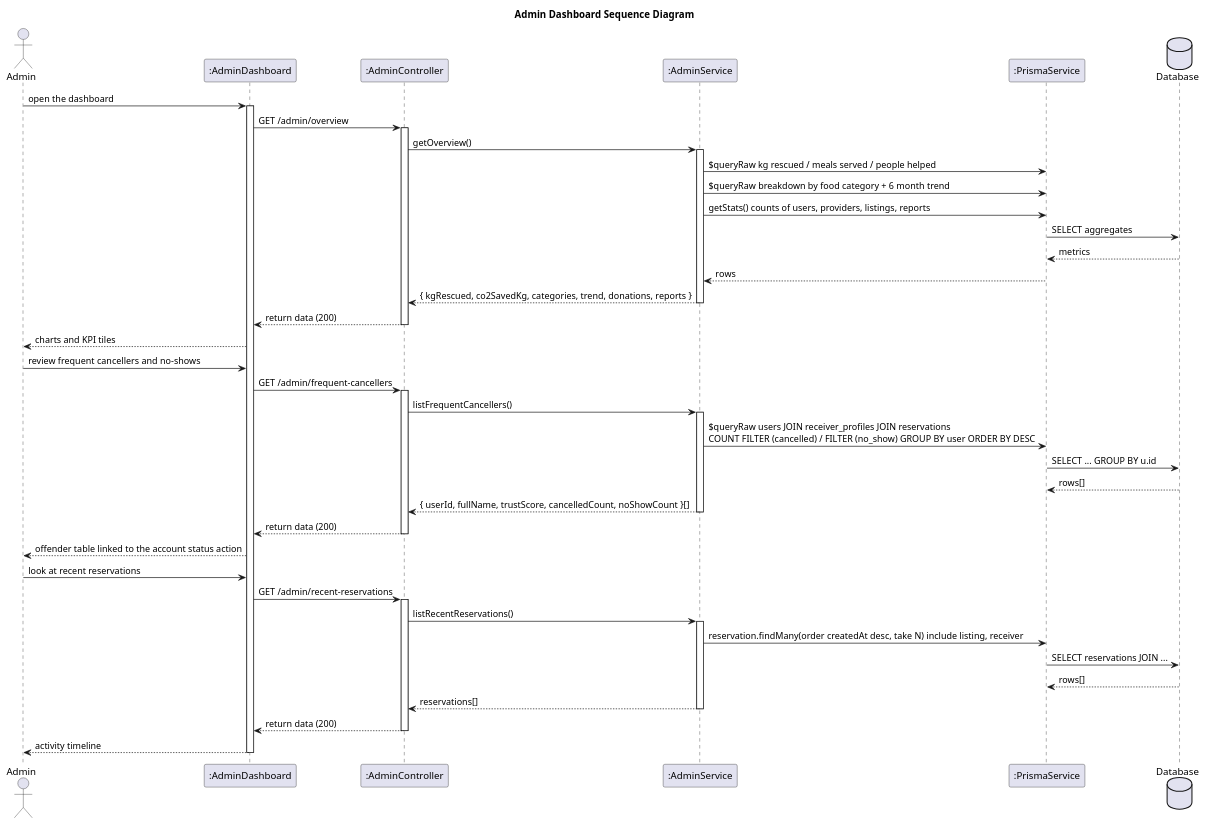
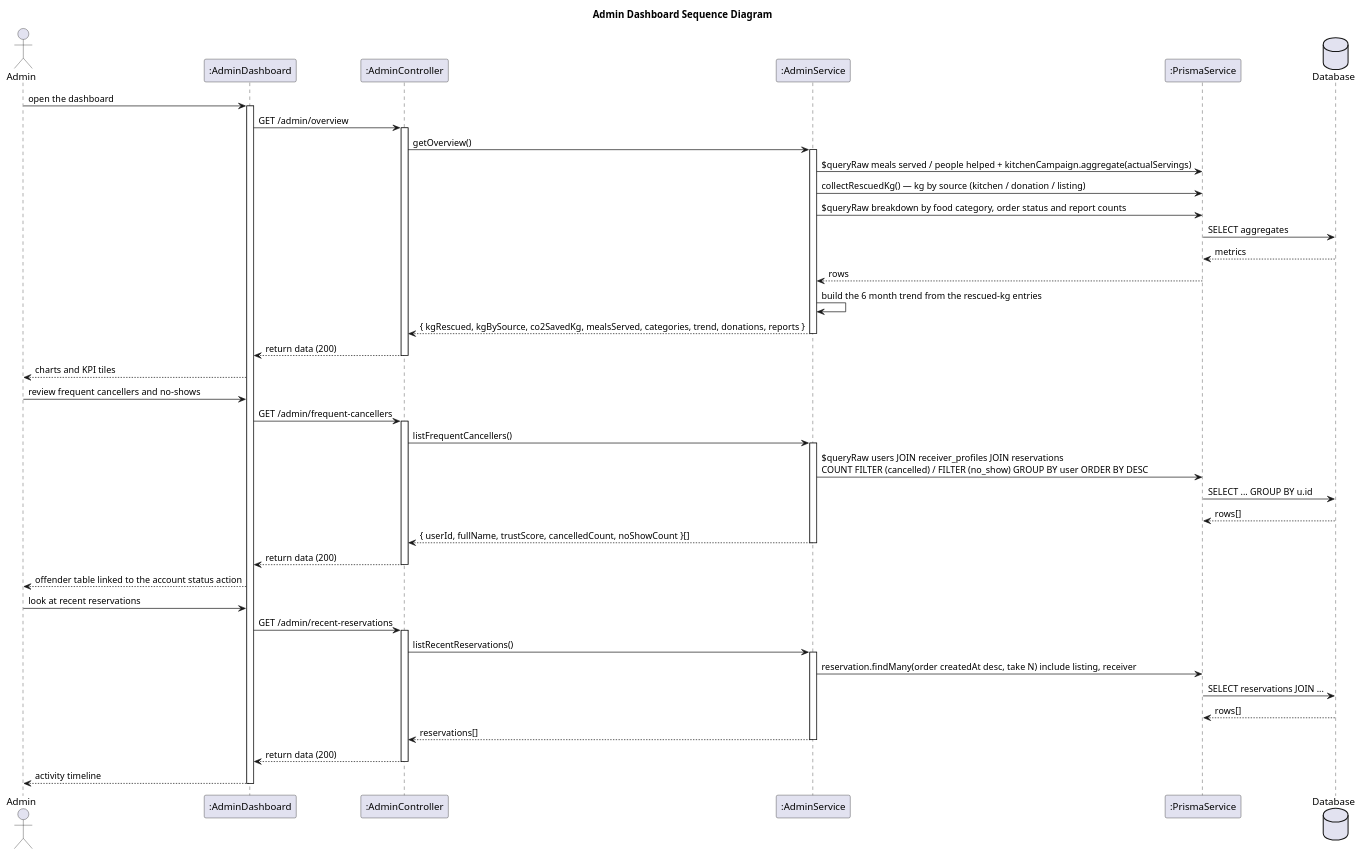
Before and after one commit to trimikey/Capstone_FoodResQ_Web: the first of 8 diagrams in docs/diagrams/seq-admin.puml, drawn with PlantUML. The commit also changed other lines of this file and 23 other files, not shown here.

First line of the commit message:
docs(diagrams): cap nhat sequence + class diagram theo code hien tai, bo chu thich

```diff
--- a/docs/diagrams/seq-admin.puml
+++ b/docs/diagrams/seq-admin.puml
@@ -10,57 +1,58 @@
 @startuml seq-admin-dashboard
 title Admin Dashboard Sequence Diagram
 
 actor "Admin" as User
 participant ":AdminDashboard" as Screen
 participant ":AdminController" as Ctrl
 participant ":AdminService" as Svc
 participant ":PrismaService" as Repo
 database "Database" as DB
 
 User -> Screen : open the dashboard
 activate Screen
 Screen -> Ctrl : GET /admin/overview
 activate Ctrl
 Ctrl -> Svc : getOverview()
 activate Svc
-Svc -> Repo : $queryRaw kg rescued / meals served / people helped
-Svc -> Repo : $queryRaw breakdown by food category + 6 month trend
-Svc -> Repo : getStats() counts of users, providers, listings, reports
+Svc -> Repo : $queryRaw meals served / people helped + kitchenCampaign.aggregate(actualServings)
+Svc -> Repo : collectRescuedKg() — kg by source (kitchen / donation / listing)
+Svc -> Repo : $queryRaw breakdown by food category, order status and report counts
 Repo -> DB : SELECT aggregates
 DB --> Repo : metrics
 Repo --> Svc : rows
-Svc --> Ctrl : { kgRescued, co2SavedKg, categories, trend, donations, reports }
+Svc -> Svc : build the 6 month trend from the rescued-kg entries
+Svc --> Ctrl : { kgRescued, kgBySource, co2SavedKg, mealsServed, categories, trend, donations, reports }
 deactivate Svc
 Ctrl --> Screen : return data (200)
 deactivate Ctrl
 Screen --> User : charts and KPI tiles
 
 User -> Screen : review frequent cancellers and no-shows
 Screen -> Ctrl : GET /admin/frequent-cancellers
 activate Ctrl
 Ctrl -> Svc : listFrequentCancellers()
 activate Svc
 Svc -> Repo : $queryRaw users JOIN receiver_profiles JOIN reservations\nCOUNT FILTER (cancelled) / FILTER (no_show) GROUP BY user ORDER BY DESC
 Repo -> DB : SELECT ... GROUP BY u.id
 DB --> Repo : rows[]
 Svc --> Ctrl : { userId, fullName, trustScore, cancelledCount, noShowCount }[]
 deactivate Svc
 Ctrl --> Screen : return data (200)
 deactivate Ctrl
 Screen --> User : offender table linked to the account status action
 
 User -> Screen : look at recent reservations
 Screen -> Ctrl : GET /admin/recent-reservations
 activate Ctrl
 Ctrl -> Svc : listRecentReservations()
 activate Svc
 Svc -> Repo : reservation.findMany(order createdAt desc, take N) include listing, receiver
 Repo -> DB : SELECT reservations JOIN ...
 DB --> Repo : rows[]
 Svc --> Ctrl : reservations[]
 deactivate Svc
 Ctrl --> Screen : return data (200)
 deactivate Ctrl
 Screen --> User : activity timeline
 deactivate Screen
 @enduml
```
